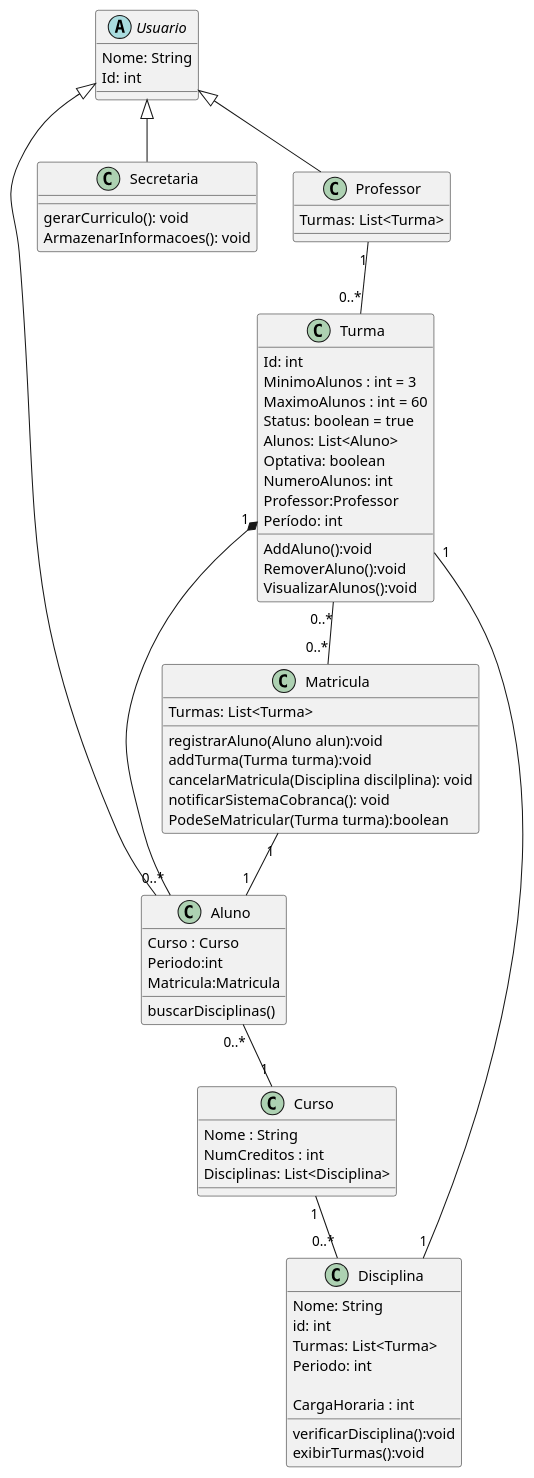
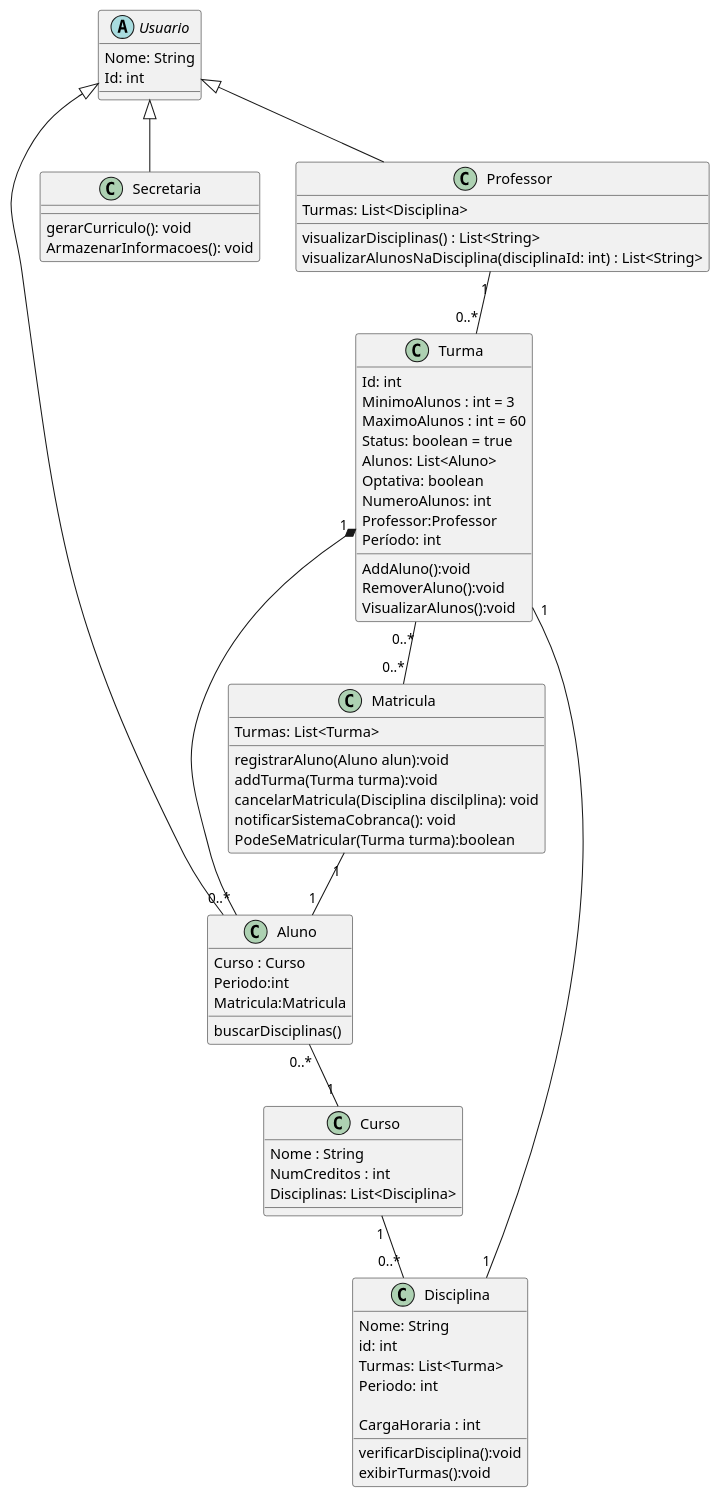
Before and after one commit to pedrofr1313/Laboratorio-Projeto-de-Software: the diagram in project/code/DiagramaClasse.puml, drawn with PlantUML. The commit also changed 8 other files, not shown here.

```diff
--- a/project/code/DiagramaClasse.puml
+++ b/project/code/DiagramaClasse.puml
@@ -1,81 +1,83 @@
 @startuml
 class  Curso{
      Nome : String
      NumCreditos : int
      Disciplinas: List<Disciplina>
     
 }
 class  Aluno{
  Curso : Curso
  Periodo:int 
  Matricula:Matricula
  buscarDisciplinas()  
 
 }
 class  Turma{
     Id: int
     MinimoAlunos : int = 3
     MaximoAlunos : int = 60
     Status: boolean = true
     Alunos: List<Aluno>
     Optativa: boolean
     NumeroAlunos: int
     AddAluno():void
     RemoverAluno():void
     Professor:Professor
     Período: int
     VisualizarAlunos():void
 
 }
 class  Secretaria
 {
     
     gerarCurriculo(): void
     ArmazenarInformacoes(): void
     
 }
 class  Professor
 {
-    Turmas: List<Turma>
+    Turmas: List<Disciplina>
+    visualizarDisciplinas() : List<String>
+    visualizarAlunosNaDisciplina(disciplinaId: int) : List<String>
     
 
 }
 class  Disciplina{
     Nome: String
     id: int
     Turmas: List<Turma>
     Periodo: int
 
     CargaHoraria : int
     
     verificarDisciplina():void
     exibirTurmas():void
 }
 class Matricula{
     
     Turmas: List<Turma>
     registrarAluno(Aluno alun):void
     addTurma(Turma turma):void
     cancelarMatricula(Disciplina discilplina): void
     notificarSistemaCobranca(): void
     PodeSeMatricular(Turma turma):boolean
     
 }
 
 abstract class Usuario{
     Nome: String
     Id: int
 }
 
 Turma "1" -- "1"Disciplina
 Professor "1"-- "0..*" Turma
 Matricula "1" -- "1" Aluno
 Turma "1" *-- "0..*"Aluno
 Curso "1"-- "0..*"Disciplina
 Usuario <|-- Aluno
 Usuario <|-- Professor
 Usuario <|-- Secretaria
 Turma "0..*" -- "0..*"Matricula
 Aluno "0..*"--"1"Curso
 
 @enduml
```
